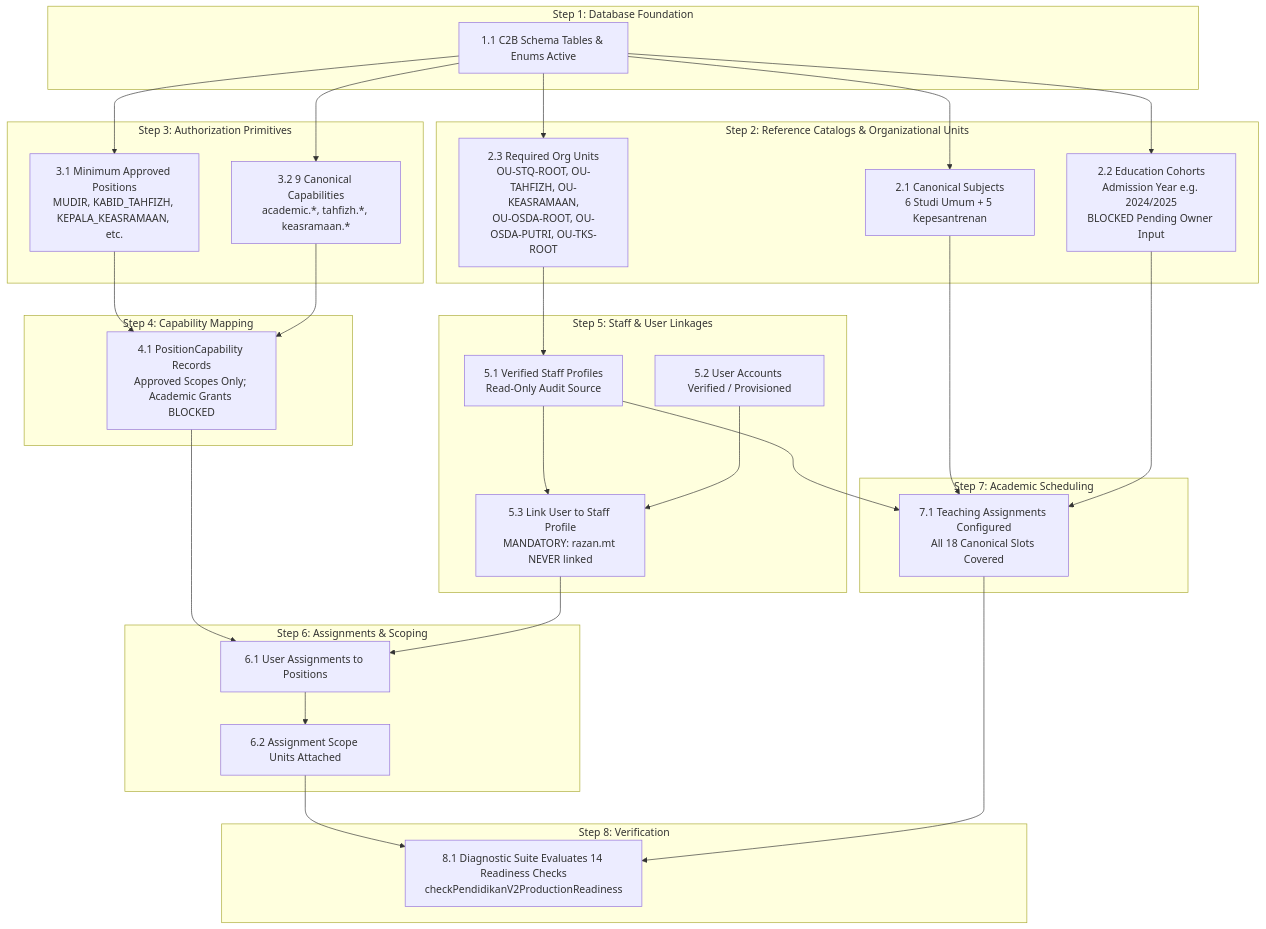
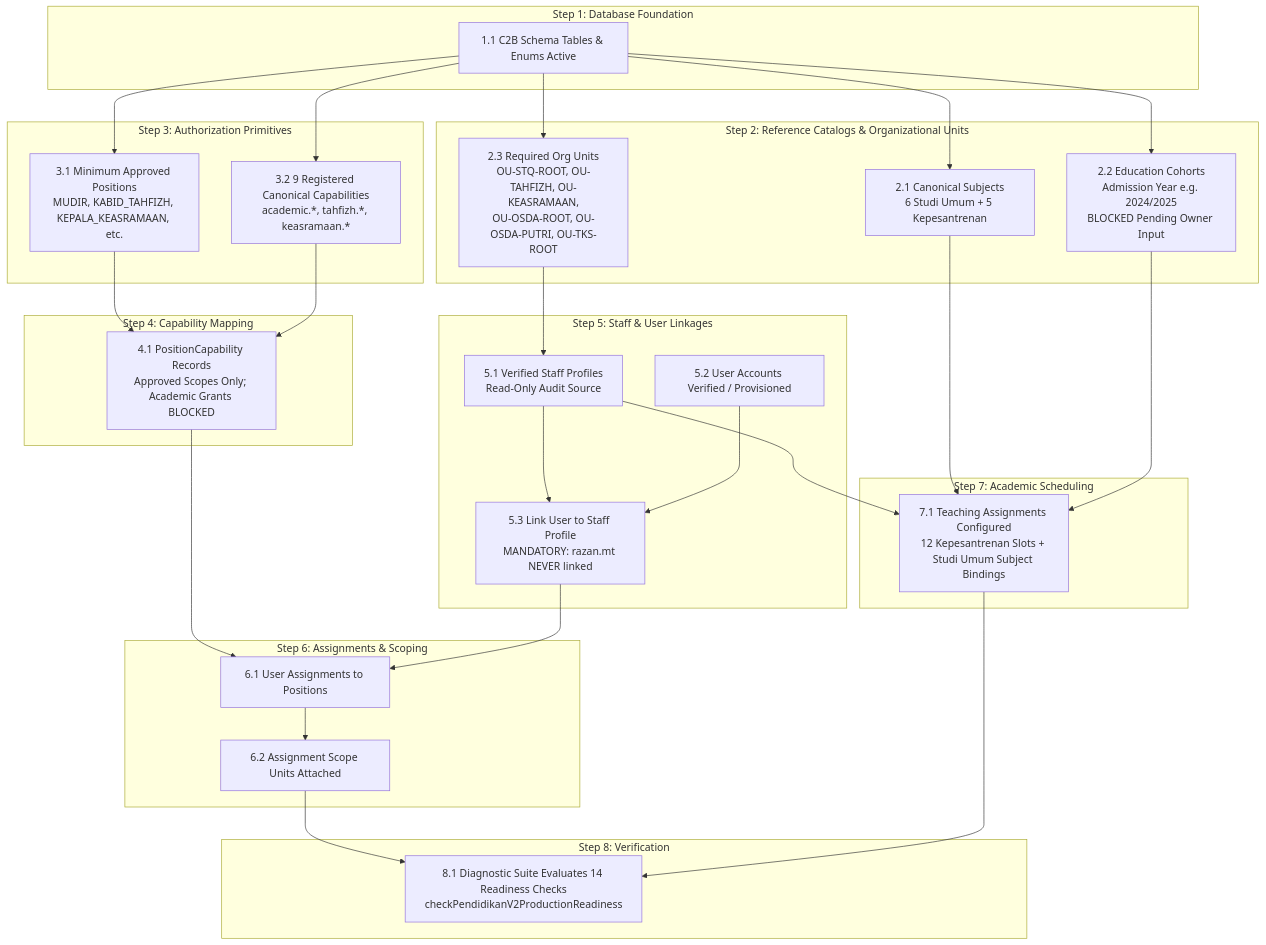
One commit to abdngr23-pixel/stq-education-portal changed the second of 2 diagrams in docs/STQ_M3_RELEASE_DEPENDENCIES.md. Above: the diagram before and after it, drawn with Mermaid. The commit also changed other lines of this file and 6 other files, not shown here.

````diff
--- a/docs/STQ_M3_RELEASE_DEPENDENCIES.md
+++ b/docs/STQ_M3_RELEASE_DEPENDENCIES.md
@@ -95,64 +95,64 @@
 ```mermaid
 graph TD
     subgraph Step 1: Database Foundation
         S1[1.1 C2B Schema Tables & Enums Active]
     end
 
     subgraph Step 2: Reference Catalogs & Organizational Units
         S2A[2.1 Canonical Subjects<br/>6 Studi Umum + 5 Kepesantrenan]
         S2B[2.2 Education Cohorts<br/>Admission Year e.g. 2024/2025<br/>BLOCKED Pending Owner Input]
         S2C[2.3 Required Org Units<br/>OU-STQ-ROOT, OU-TAHFIZH, OU-KEASRAMAAN,<br/>OU-OSDA-ROOT, OU-OSDA-PUTRI, OU-TKS-ROOT]
     end
 
     subgraph Step 3: Authorization Primitives
         S3A[3.1 Minimum Approved Positions<br/>MUDIR, KABID_TAHFIZH, KEPALA_KEASRAMAAN, etc.]
-        S3B[3.2 9 Canonical Capabilities<br/>academic.*, tahfizh.*, keasramaan.*]
+        S3B[3.2 9 Registered Canonical Capabilities<br/>academic.*, tahfizh.*, keasramaan.*]
     end
 
     subgraph Step 4: Capability Mapping
         S4[4.1 PositionCapability Records<br/>Approved Scopes Only; Academic Grants BLOCKED]
     end
 
     subgraph Step 5: Staff & User Linkages
         S5A[5.1 Verified Staff Profiles<br/>Read-Only Audit Source]
         S5B[5.2 User Accounts Verified / Provisioned]
         S5C[5.3 Link User to Staff Profile<br/>MANDATORY: razan.mt NEVER linked]
     end
 
     subgraph Step 6: Assignments & Scoping
         S6A[6.1 User Assignments to Positions]
         S6B[6.2 Assignment Scope Units Attached]
     end
 
     subgraph Step 7: Academic Scheduling
-        S7[7.1 Teaching Assignments Configured<br/>All 18 Canonical Slots Covered]
+        S7[7.1 Teaching Assignments Configured<br/>12 Kepesantrenan Slots + Studi Umum Subject Bindings]
     end
 
     subgraph Step 8: Verification
         S8[8.1 Diagnostic Suite Evaluates 14 Readiness Checks<br/>checkPendidikanV2ProductionReadiness]
     end
 
     S1 --> S2A
     S1 --> S2B
     S1 --> S2C
     S1 --> S3A
     S1 --> S3B
 
     S3A --> S4
     S3B --> S4
 
     S2C --> S5A
     S5A --> S5C
     S5B --> S5C
 
     S4 --> S6A
     S5C --> S6A
     S6A --> S6B
 
     S2A --> S7
     S2B --> S7
     S5A --> S7
 
     S6B --> S8
     S7 --> S8
 ```
````
